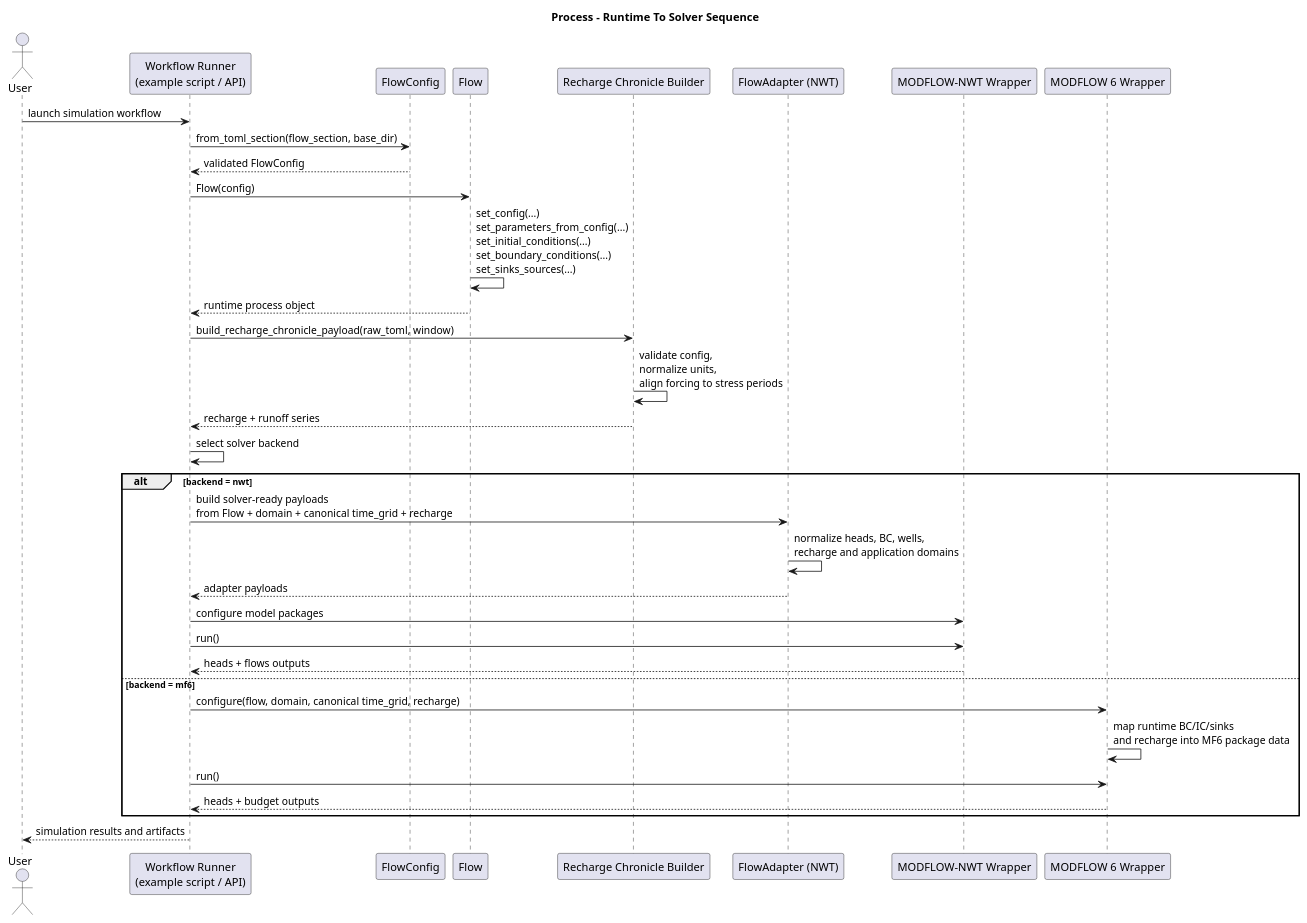
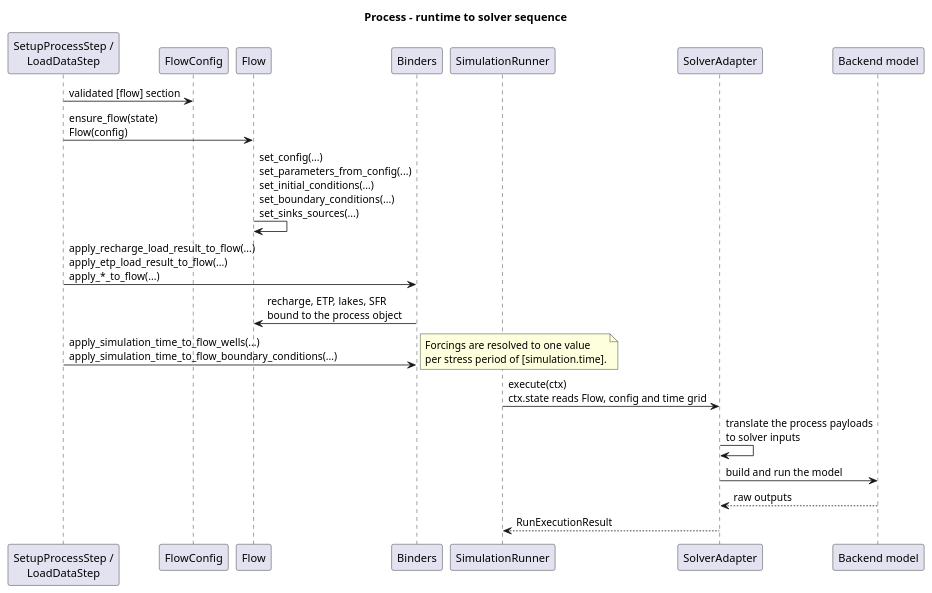
One commit to HydroModPy/HydroModPy changed the diagram in docs/source/contribute/architecture/process/diagrams/runtime_to_solver_sequence.wsd. Above: the diagram before and after it, drawn with PlantUML. The commit also changed 636 other files, not shown here.

```diff
--- a/docs/source/contribute/architecture/process/diagrams/runtime_to_solver_sequence.wsd
+++ b/docs/source/contribute/architecture/process/diagrams/runtime_to_solver_sequence.wsd
@@ -1,42 +1,29 @@
 @startuml
-title Process - Runtime To Solver Sequence
+title Process - runtime to solver sequence
 
-actor User
-participant "Workflow Runner\n(example script / API)" as Runner
+participant "SetupProcessStep /\nLoadDataStep" as Steps
 participant "FlowConfig" as FlowConfig
 participant "Flow" as Flow
-participant "Recharge Chronicle Builder" as RechargeBuilder
-participant "FlowAdapter (NWT)" as FlowAdapter
-participant "MODFLOW-NWT Wrapper" as NWT
-participant "MODFLOW 6 Wrapper" as MF6
+participant "Binders" as Binders
+participant "SimulationRunner" as Runner
+participant "SolverAdapter" as Adapter
+participant "Backend model" as Backend
 
-User -> Runner: launch simulation workflow
-Runner -> FlowConfig: from_toml_section(flow_section, base_dir)
-FlowConfig --> Runner: validated FlowConfig
+Steps -> FlowConfig: validated [flow] section
+Steps -> Flow: ensure_flow(state)\nFlow(config)
+Flow -> Flow: set_config(...)\nset_parameters_from_config(...)\nset_initial_conditions(...)\nset_boundary_conditions(...)\nset_sinks_sources(...)
 
-Runner -> Flow: Flow(config)
-Flow -> Flow: set_config(...)\nset_parameters_from_config(...)\nset_initial_conditions(...)\nset_boundary_conditions(...)\nset_sinks_sources(...)
-Flow --> Runner: runtime process object
+Steps -> Binders: apply_recharge_load_result_to_flow(...)\napply_etp_load_result_to_flow(...)\napply_*_to_flow(...)
+Binders -> Flow: recharge, ETP, lakes, SFR\nbound to the process object
+Steps -> Binders: apply_simulation_time_to_flow_wells(...)\napply_simulation_time_to_flow_boundary_conditions(...)
+note right
+  Forcings are resolved to one value
+  per stress period of [simulation.time].
+end note
 
-Runner -> RechargeBuilder: build_recharge_chronicle_payload(raw_toml, window)
-RechargeBuilder -> RechargeBuilder: validate config,\nnormalize units,\nalign forcing to stress periods
-RechargeBuilder --> Runner: recharge + runoff series
-
-Runner -> Runner: select solver backend
-
-alt backend = nwt
-  Runner -> FlowAdapter: build solver-ready payloads\nfrom Flow + domain + canonical time_grid + recharge
-  FlowAdapter -> FlowAdapter: normalize heads, BC, wells,\nrecharge and application domains
-  FlowAdapter --> Runner: adapter payloads
-  Runner -> NWT: configure model packages
-  Runner -> NWT: run()
-  NWT --> Runner: heads + flows outputs
-else backend = mf6
-  Runner -> MF6: configure(flow, domain, canonical time_grid, recharge)
-  MF6 -> MF6: map runtime BC/IC/sinks\nand recharge into MF6 package data
-  Runner -> MF6: run()
-  MF6 --> Runner: heads + budget outputs
-end
-
-Runner --> User: simulation results and artifacts
+Runner -> Adapter: execute(ctx)\nctx.state reads Flow, config and time grid
+Adapter -> Adapter: translate the process payloads\nto solver inputs
+Adapter -> Backend: build and run the model
+Backend --> Adapter: raw outputs
+Adapter --> Runner: RunExecutionResult
 @enduml
```
